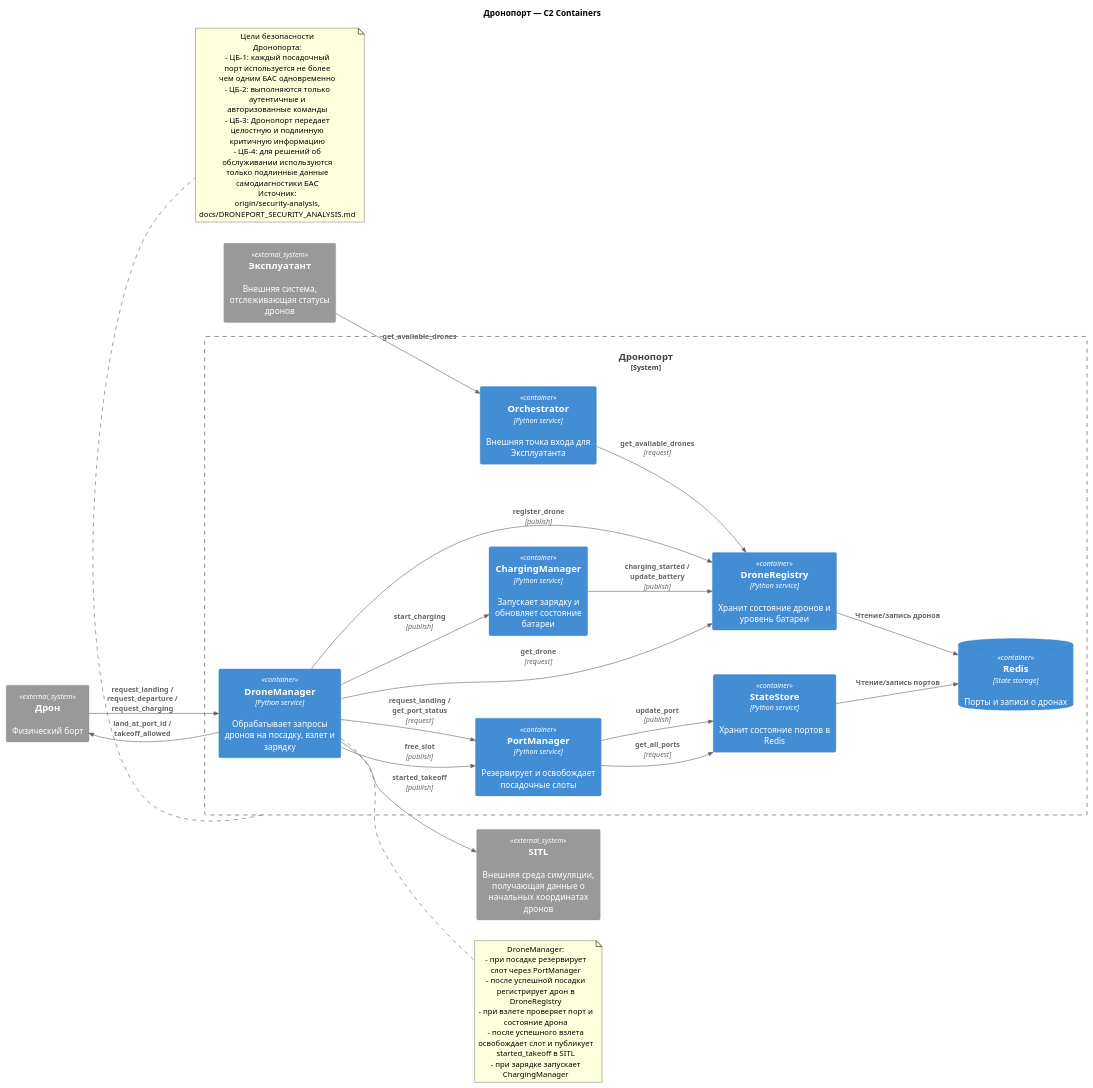
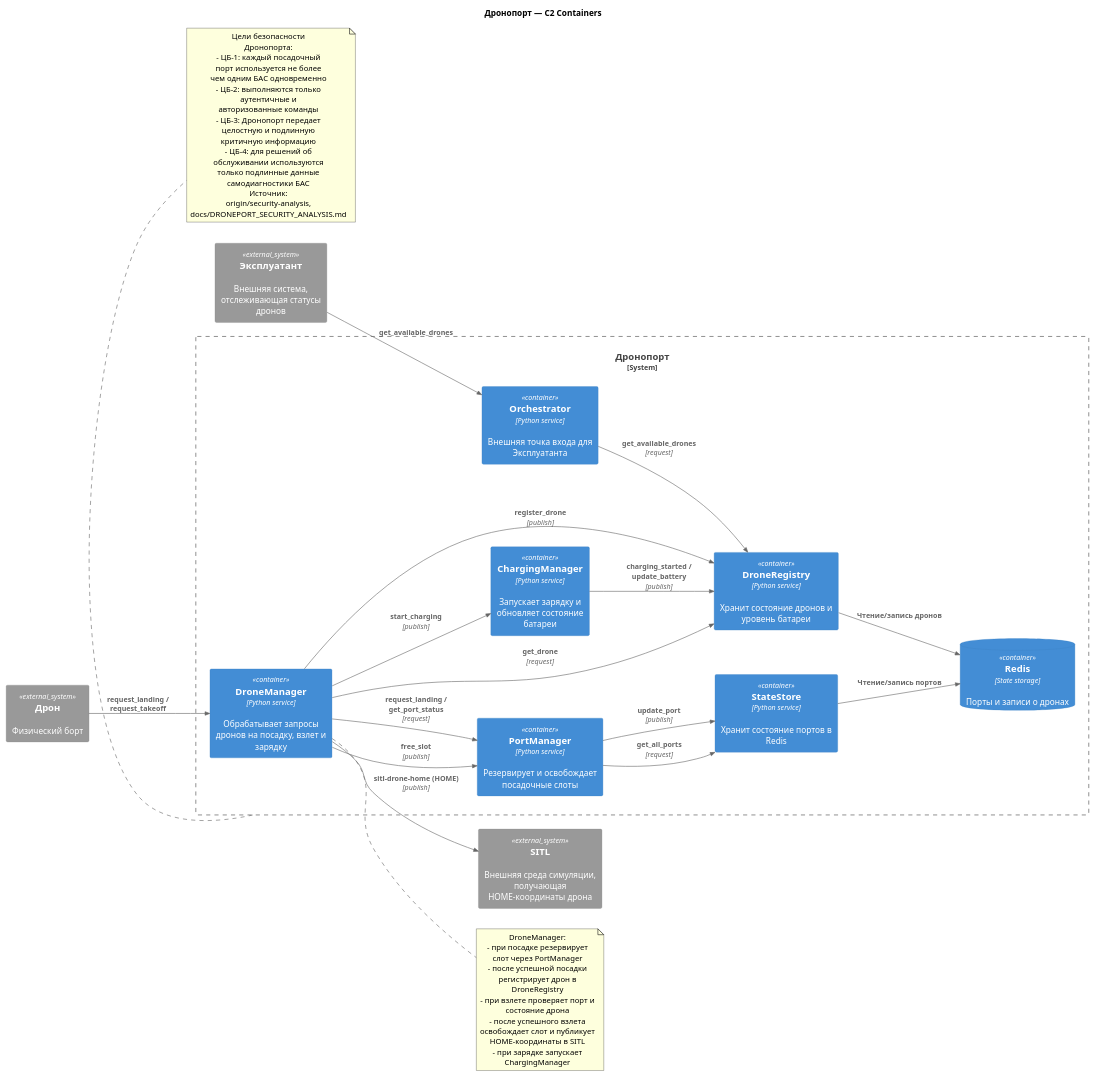
One commit to Kaitrye/DronePortGCS changed the diagram in systems/drone_port/docs/C4 Container.puml. Above: the diagram before and after it, drawn with PlantUML. The commit also changed 61 other files, not shown here.

```diff
--- a/systems/drone_port/docs/C4 Container.puml
+++ b/systems/drone_port/docs/C4 Container.puml
@@ -1,60 +1,59 @@
 @startuml
 !include https://raw.githubusercontent.com/plantuml-stdlib/C4-PlantUML/master/C4_Container.puml
 LAYOUT_LEFT_RIGHT()
 
 title Дронопорт — C2 Containers
 
 System_Ext(operator_system, "Эксплуатант", "Внешняя система, отслеживающая статусы дронов")
 System_Ext(drone, "Дрон", "Физический борт")
-System_Ext(sitl, "SITL", "Внешняя среда симуляции, получающая данные о начальных координатах дронов")
+System_Ext(sitl, "SITL", "Внешняя среда симуляции, получающая HOME-координаты дрона")
 
 System_Boundary(drone_port, "Дронопорт") {
   Container(orchestrator, "Orchestrator", "Python service", "Внешняя точка входа для Эксплуатанта")
   Container(drone_manager, "DroneManager", "Python service", "Обрабатывает запросы дронов на посадку, взлет и зарядку")
   Container(drone_registry, "DroneRegistry", "Python service", "Хранит состояние дронов и уровень батареи")
   Container(port_manager, "PortManager", "Python service", "Резервирует и освобождает посадочные слоты")
   Container(charging_manager, "ChargingManager", "Python service", "Запускает зарядку и обновляет состояние батареи")
   Container(state_store, "StateStore", "Python service", "Хранит состояние портов в Redis")
 
   ContainerDb(redis, "Redis", "State storage", "Порты и записи о дронах")
 }
 
 Rel(operator_system, orchestrator, "get_available_drones")
 Rel(orchestrator, drone_registry, "get_available_drones", "request")
 
-Rel(drone, drone_manager, "request_landing / request_departure / request_charging")
-Rel(drone_manager, drone, "land_at_port_id / takeoff_allowed")
-Rel(drone_manager, sitl, "started_takeoff", "publish")
+Rel(drone, drone_manager, "request_landing / request_takeoff")
+Rel(drone_manager, sitl, "sitl-drone-home (HOME)", "publish")
 
 Rel(drone_manager, port_manager, "request_landing / get_port_status", "request")
 Rel(drone_manager, port_manager, "free_slot", "publish")
 Rel(drone_manager, drone_registry, "register_drone", "publish")
 Rel(drone_manager, drone_registry, "get_drone", "request")
 Rel(drone_manager, charging_manager, "start_charging", "publish")
 
 Rel(charging_manager, drone_registry, "charging_started / update_battery", "publish")
 
 Rel(port_manager, state_store, "get_all_ports", "request")
 Rel(port_manager, state_store, "update_port", "publish")
 Rel(state_store, redis, "Чтение/запись портов")
 Rel(drone_registry, redis, "Чтение/запись дронов")
 
 note right of drone_manager
   DroneManager:
   - при посадке резервирует слот через PortManager
   - после успешной посадки регистрирует дрон в DroneRegistry
   - при взлете проверяет порт и состояние дрона
-  - после успешного взлета освобождает слот и публикует started_takeoff в SITL
+  - после успешного взлета освобождает слот и публикует HOME-координаты в SITL
   - при зарядке запускает ChargingManager
 end note
 
 note bottom of drone_port
   Цели безопасности Дронопорта:
   - ЦБ-1: каждый посадочный порт используется не более чем одним БАС одновременно
   - ЦБ-2: выполняются только аутентичные и авторизованные команды
   - ЦБ-3: Дронопорт передает целостную и подлинную критичную информацию
   - ЦБ-4: для решений об обслуживании используются только подлинные данные самодиагностики БАС
   Источник: origin/security-analysis, docs/DRONEPORT_SECURITY_ANALYSIS.md
 end note
 
 @enduml
```
